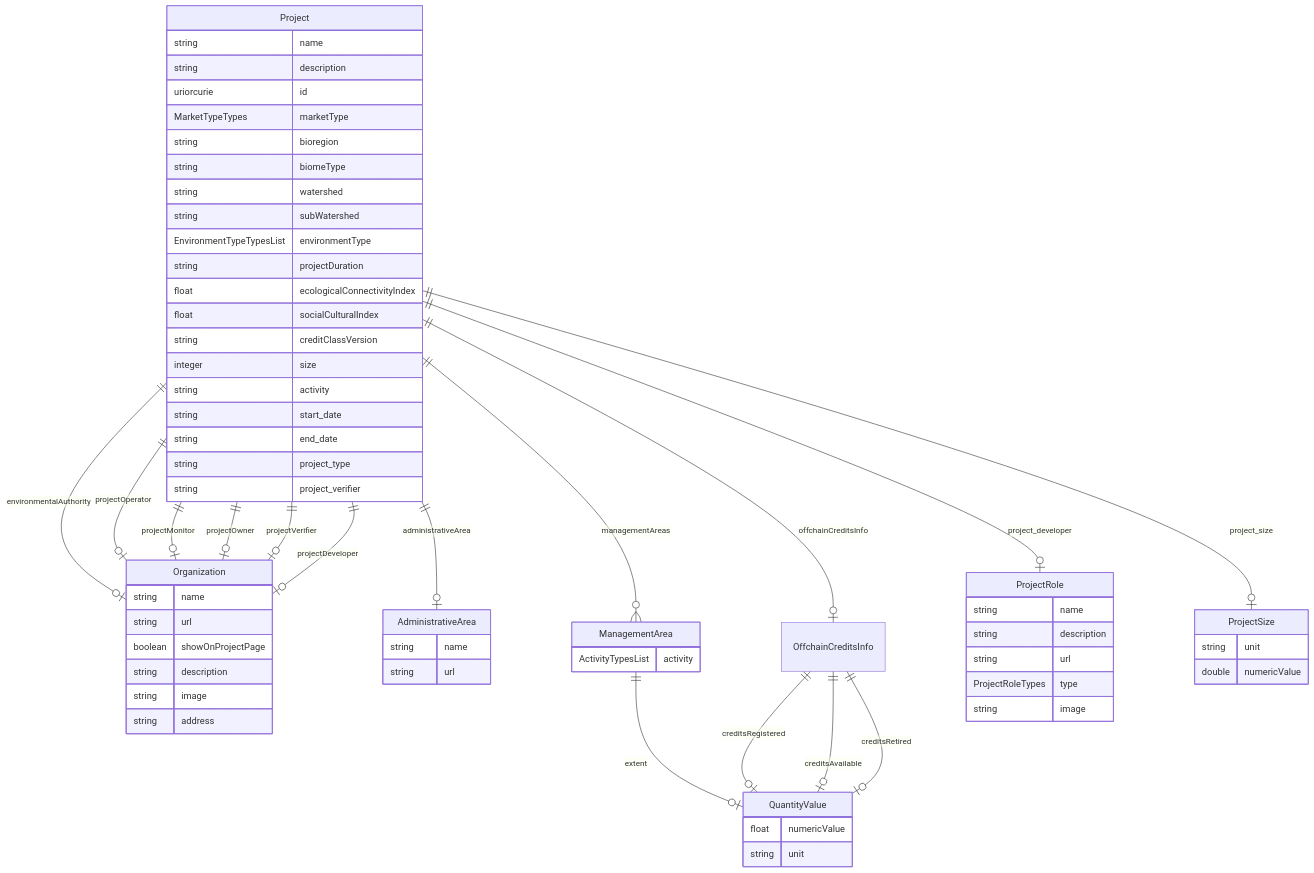
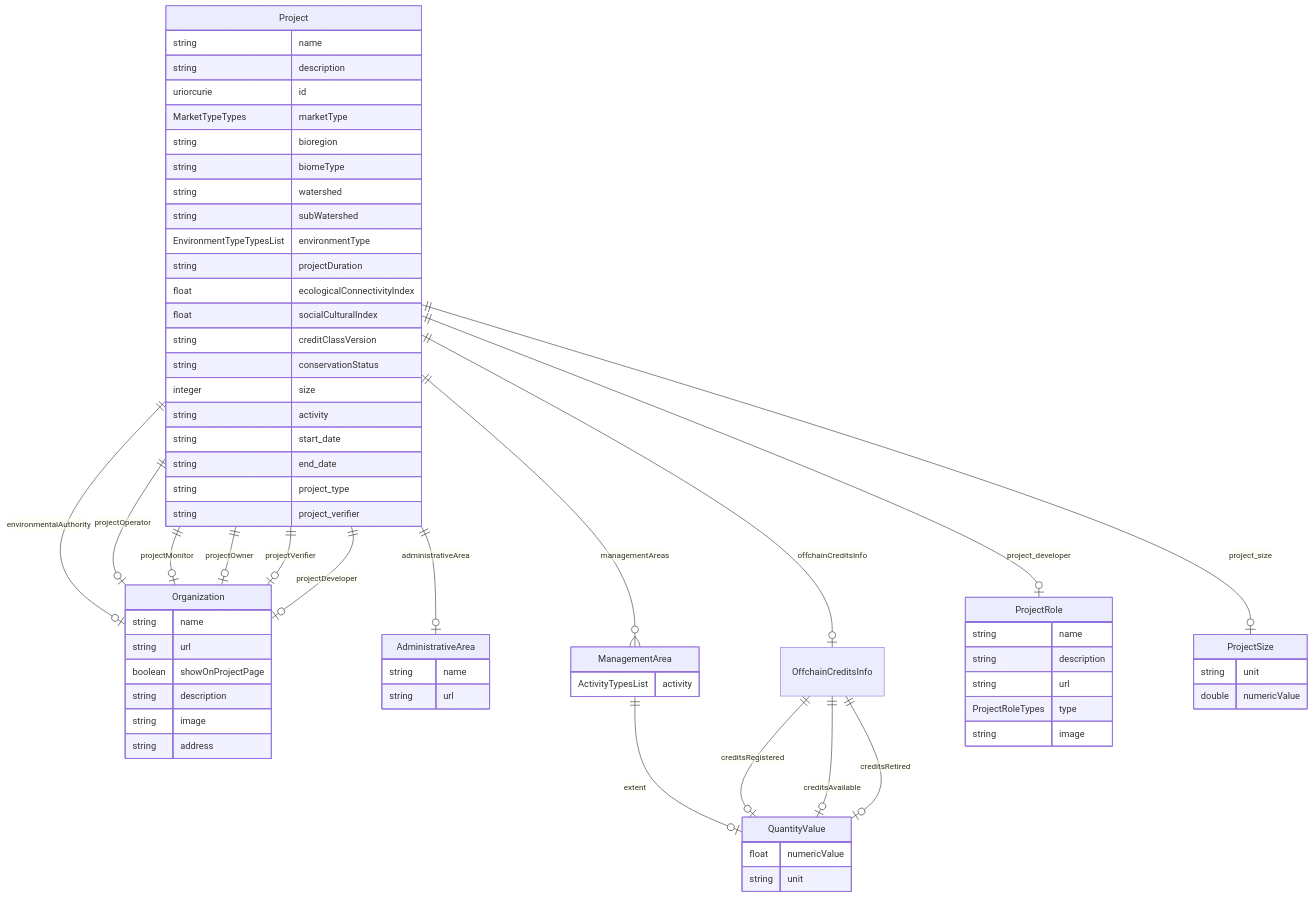
Before and after one commit to regen-network/regen-data-standards: the diagram in schema/generated/Project.md, drawn with Mermaid. The commit also changed other lines of this file and 7 other files, not shown here.

Commit message:
add missing conservationStatus field to project metadata

````diff
--- a/schema/generated/Project.md
+++ b/schema/generated/Project.md
@@ -11,74 +11,75 @@
 ```mermaid
 erDiagram
 Project {
     string name  
     string description  
     uriorcurie id  
     MarketTypeTypes marketType  
     string bioregion  
     string biomeType  
     string watershed  
     string subWatershed  
     EnvironmentTypeTypesList environmentType  
     string projectDuration  
     float ecologicalConnectivityIndex  
     float socialCulturalIndex  
     string creditClassVersion  
+    string conservationStatus  
     integer size  
     string activity  
     string start_date  
     string end_date  
     string project_type  
     string project_verifier  
 }
 Organization {
     string name  
     string url  
     boolean showOnProjectPage  
     string description  
     string image  
     string address  
 }
 AdministrativeArea {
     string name  
     string url  
 }
 ManagementArea {
     ActivityTypesList activity  
 }
 QuantityValue {
     float numericValue  
     string unit  
 }
 OffchainCreditsInfo {
 
 }
 ProjectRole {
     string name  
     string description  
     string url  
     ProjectRoleTypes type  
     string image  
 }
 ProjectSize {
     string unit  
     double numericValue  
 }
 
 Project ||--|o ProjectSize : "project_size"
 Project ||--|o ProjectRole : "project_developer"
 Project ||--|o Organization : "environmentalAuthority"
 Project ||--|o OffchainCreditsInfo : "offchainCreditsInfo"
 Project ||--}o ManagementArea : "managementAreas"
 Project ||--|o AdministrativeArea : "administrativeArea"
 Project ||--|o Organization : "projectOperator"
 Project ||--|o Organization : "projectMonitor"
 Project ||--|o Organization : "projectOwner"
 Project ||--|o Organization : "projectVerifier"
 Project ||--|o Organization : "projectDeveloper"
 ManagementArea ||--|o QuantityValue : "extent"
 OffchainCreditsInfo ||--|o QuantityValue : "creditsRegistered"
 OffchainCreditsInfo ||--|o QuantityValue : "creditsAvailable"
 OffchainCreditsInfo ||--|o QuantityValue : "creditsRetired"
 
 ```
````
